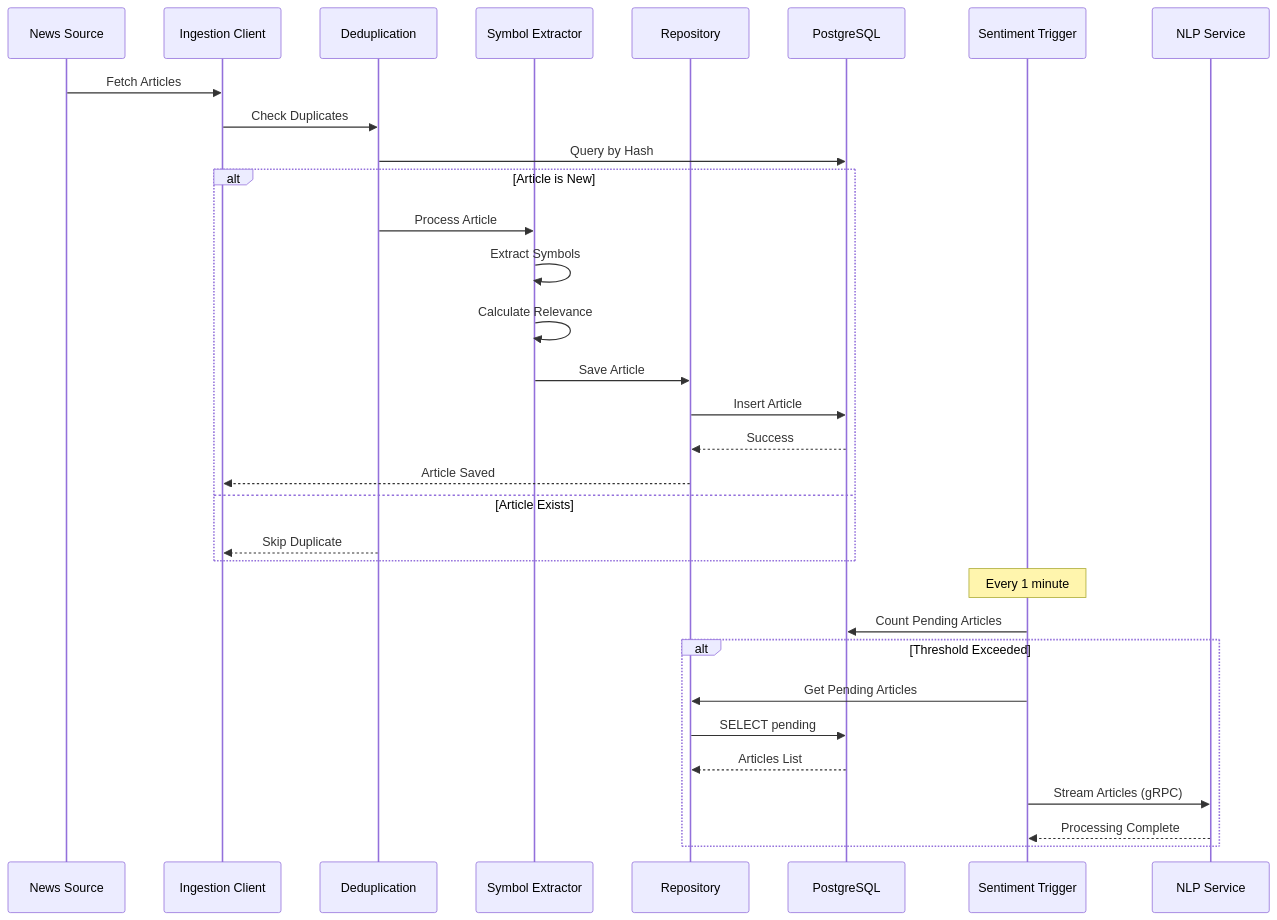
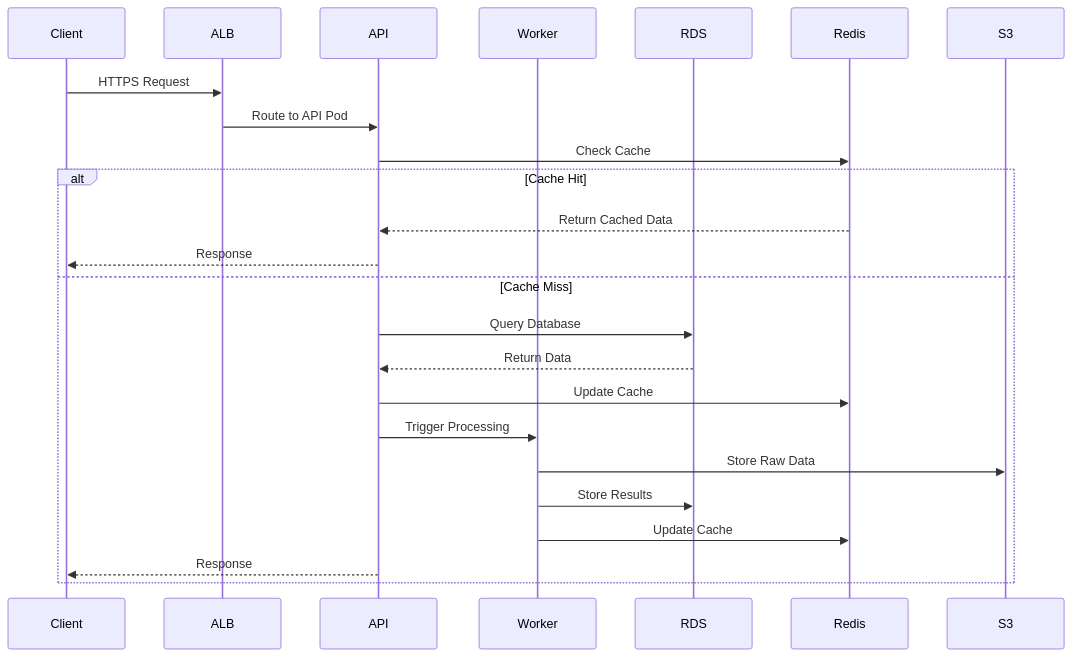
One commit to ZakariaRek/Real-Time-Financial-News-Market-Impact-Analysis-system changed the fourth of 8 diagrams in services/news-ingestion/README.md. Above: the diagram before and after it, drawn with Mermaid. The commit also changed other lines of this file, not shown here.

Commit message:
read me news ingestion

````diff
--- a/services/news-ingestion/README.md
+++ b/services/news-ingestion/README.md
@@ -166,38 +220,27 @@
 ```mermaid
 sequenceDiagram
-    participant Source as News Source
-    participant Client as Ingestion Client
-    participant Dedup as Deduplication
-    participant Extract as Symbol Extractor
-    participant Repo as Repository
-    participant DB as PostgreSQL
-    participant Trigger as Sentiment Trigger
-    participant NLP as NLP Service
+    participant Client
+    participant ALB
+    participant API
+    participant Worker
+    participant RDS
+    participant Redis
+    participant S3
 
-    Source->>Client: Fetch Articles
-    Client->>Dedup: Check Duplicates
-    Dedup->>DB: Query by Hash
-    
-    alt Article is New
-        Dedup->>Extract: Process Article
-        Extract->>Extract: Extract Symbols
-        Extract->>Extract: Calculate Relevance
-        Extract->>Repo: Save Article
-        Repo->>DB: Insert Article
-        DB-->>Repo: Success
-        Repo-->>Client: Article Saved
-    else Article Exists
-        Dedup-->>Client: Skip Duplicate
-    end
-    
-    Note over Trigger: Every 1 minute
-    Trigger->>DB: Count Pending Articles
-    
-    alt Threshold Exceeded
-        Trigger->>Repo: Get Pending Articles
-        Repo->>DB: SELECT pending
-        DB-->>Repo: Articles List
-        Trigger->>NLP: Stream Articles (gRPC)
-        NLP-->>Trigger: Processing Complete
+    Client->>ALB: HTTPS Request
+    ALB->>API: Route to API Pod
+    API->>Redis: Check Cache
+    alt Cache Hit
+        Redis-->>API: Return Cached Data
+        API-->>Client: Response
+    else Cache Miss
+        API->>RDS: Query Database
+        RDS-->>API: Return Data
+        API->>Redis: Update Cache
+        API->>Worker: Trigger Processing
+        Worker->>S3: Store Raw Data
+        Worker->>RDS: Store Results
+        Worker->>Redis: Update Cache
+        API-->>Client: Response
     end
 ```
````
